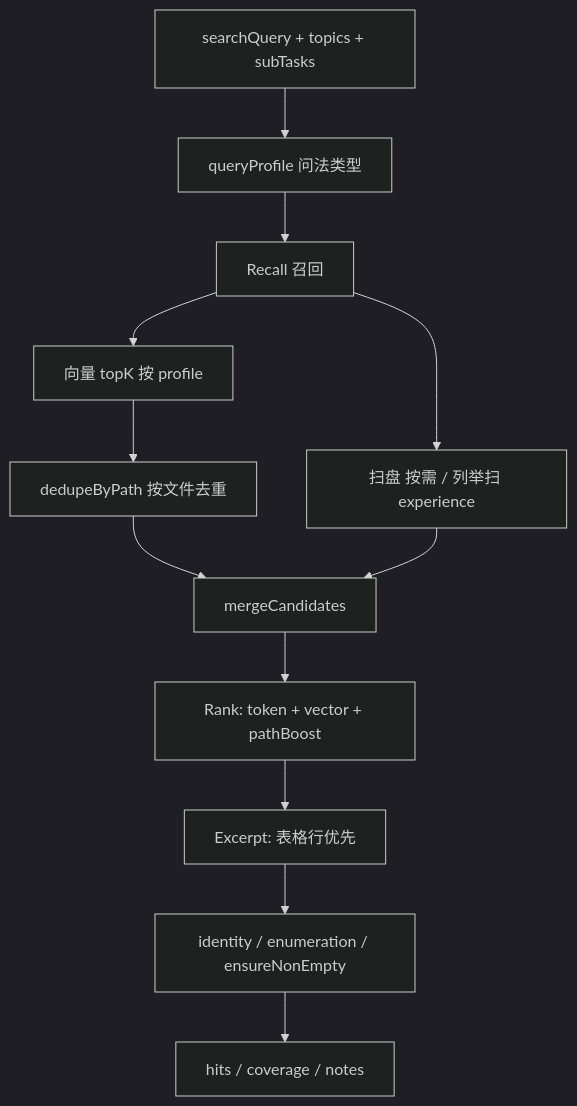
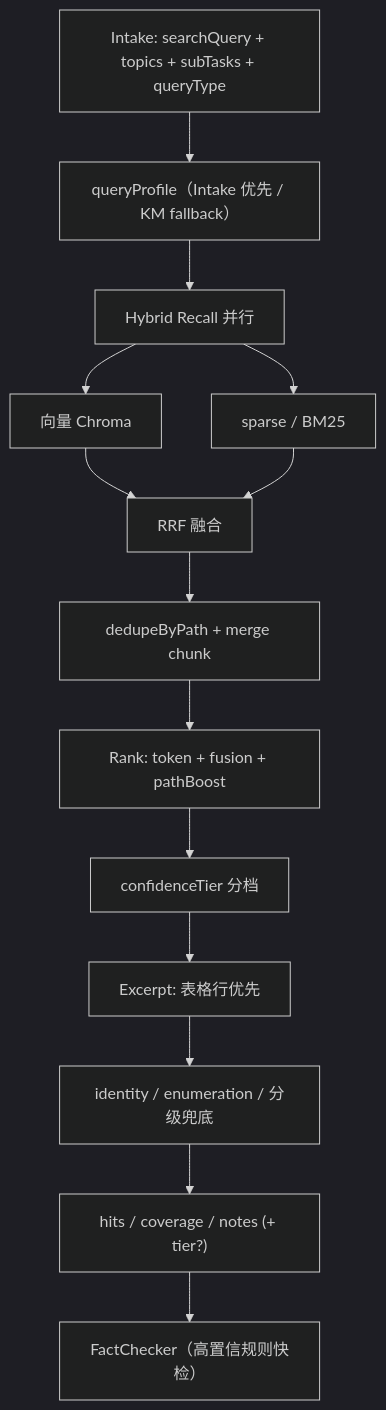
The diagram in docs/km-retrieval-design.md (panzhanfei/fambrain-agents), drawn with Mermaid (dark theme) before and after one commit. The commit also changed other lines of this file and 4 other files, not shown here.

````diff
--- a/docs/km-retrieval-design.md
+++ b/docs/km-retrieval-design.md
@@ -128,14 +182,16 @@
 ```mermaid
 flowchart TD
-  IN["searchQuery + topics + subTasks"] --> PROFILE["queryProfile 问法类型"]
-  PROFILE --> RECALL["Recall 召回"]
-  RECALL --> VEC["向量 topK 按 profile"]
-  RECALL --> SCAN["扫盘 按需 / 列举扫 experience"]
-  VEC --> DEDUP["dedupeByPath 按文件去重"]
-  DEDUP --> MERGE["mergeCandidates"]
-  SCAN --> MERGE
-  MERGE --> RANK["Rank: token + vector + pathBoost"]
-  RANK --> EXC["Excerpt: 表格行优先"]
-  EXC --> GUARD["identity / enumeration / ensureNonEmpty"]
-  GUARD --> OUT["hits / coverage / notes"]
+  IN["Intake: searchQuery + topics + subTasks + queryType"] --> PROFILE["queryProfile（Intake 优先 / KM fallback）"]
+  PROFILE --> HY["Hybrid Recall 并行"]
+  HY --> VEC["向量 Chroma"]
+  HY --> SPARSE["sparse / BM25"]
+  VEC --> RRF["RRF 融合"]
+  SPARSE --> RRF
+  RRF --> DEDUP["dedupeByPath + merge chunk"]
+  DEDUP --> RANK["Rank: token + fusion + pathBoost"]
+  RANK --> TIER["confidenceTier 分档"]
+  TIER --> EXC["Excerpt: 表格行优先"]
+  EXC --> GUARD["identity / enumeration / 分级兜底"]
+  GUARD --> OUT["hits / coverage / notes (+ tier?)"]
+  OUT --> FC["FactChecker（高置信规则快检）"]
 ```
````
